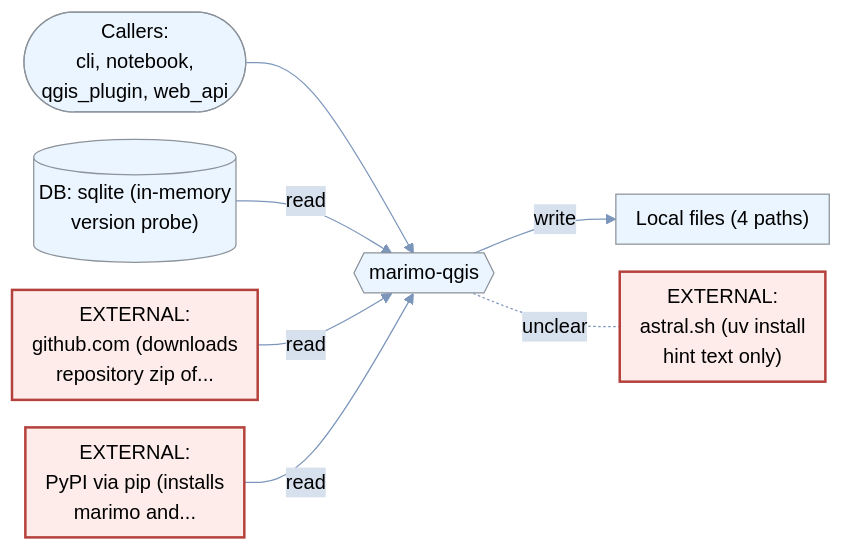
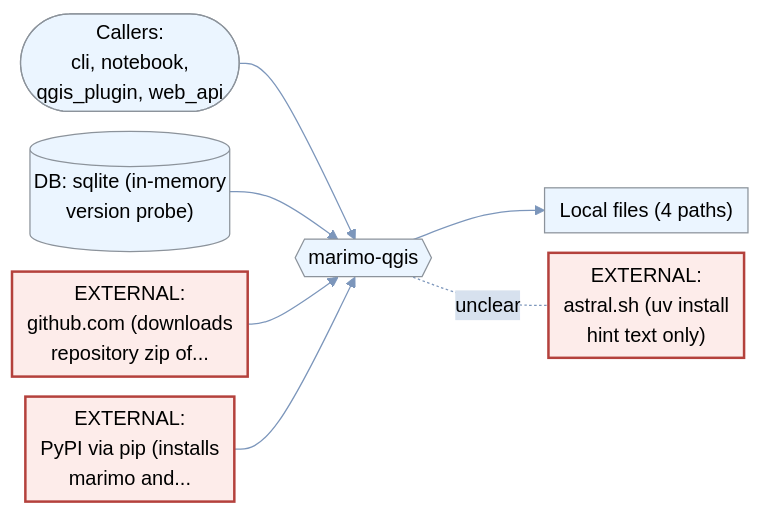
Before and after one commit to johnzastrow/Roux7375Testresults: diagram 17 of 42 in outputs/johnzastrow_Summary.md, drawn with Mermaid. The commit also changed other lines of this file, not shown here.

First line of the commit message:
Enlarge data flow diagram text for letter-size printing

````diff
--- a/outputs/johnzastrow_Summary.md
+++ b/outputs/johnzastrow_Summary.md
@@ -1386,18 +1386,18 @@
 ```mermaid
-%%{init: {"theme":"base","flowchart":{"useMaxWidth":true,"nodeSpacing":22,"rankSpacing":45,"padding":8},"themeVariables":{"background":"#ffffff","primaryColor":"#ebf5ff","primaryTextColor":"#000000","primaryBorderColor":"#8c939b","lineColor":"#7c96bb","secondaryColor":"#d7e1ee","tertiaryColor":"#c3d2e5","fontFamily":"\"Inter\", \"Noto Sans SC\", sans-serif","fontSize":"14","pie1":"#b4413c","pie2":"#d9893b","pie3":"#7c96bb","pie4":"#73A78D","pie5":"#CB9B7A","pie6":"#6B8CAE","pie7":"#c3d2e5","pie8":"#8c939b"}}}%%
+%%{init: {"theme":"base","flowchart":{"useMaxWidth":true,"nodeSpacing":16,"rankSpacing":38,"padding":6},"themeVariables":{"background":"#ffffff","primaryColor":"#ebf5ff","primaryTextColor":"#000000","primaryBorderColor":"#8c939b","lineColor":"#7c96bb","secondaryColor":"#d7e1ee","tertiaryColor":"#c3d2e5","fontFamily":"\"Inter\", \"Noto Sans SC\", sans-serif","fontSize":"17","pie1":"#b4413c","pie2":"#d9893b","pie3":"#7c96bb","pie4":"#73A78D","pie5":"#CB9B7A","pie6":"#6B8CAE","pie7":"#c3d2e5","pie8":"#8c939b"}}}%%
 flowchart LR
     APP{{"marimo-qgis"}}
     U(["Callers:<br>cli, notebook,<br>qgis_plugin, web_api"]) --> APP
     D1[("DB: sqlite (in-memory<br>version probe)")]
-    D1 -->|read| APP
+    D1 --> APP
     F2["Local files (4 paths)"]
-    APP -->|write| F2
+    APP --> F2
     E3["EXTERNAL:<br>github.com (downloads<br>repository zip of..."]
-    E3 -->|read| APP
+    E3 --> APP
     E4["EXTERNAL:<br>PyPI via pip (installs<br>marimo and..."]
-    E4 -->|read| APP
+    E4 --> APP
     E5["EXTERNAL:<br>astral.sh (uv install<br>hint text only)"]
     APP -.-|unclear| E5
     class E3,E4,E5 ext
     classDef ext fill:#fdecea,stroke:#b4413c,stroke-width:2px,color:#000000
 ```
````
